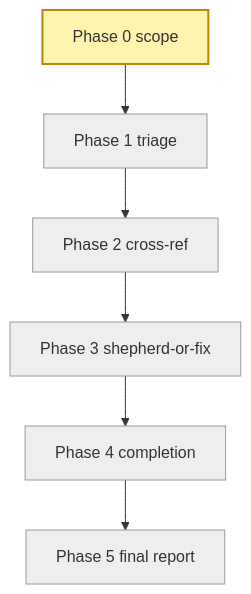
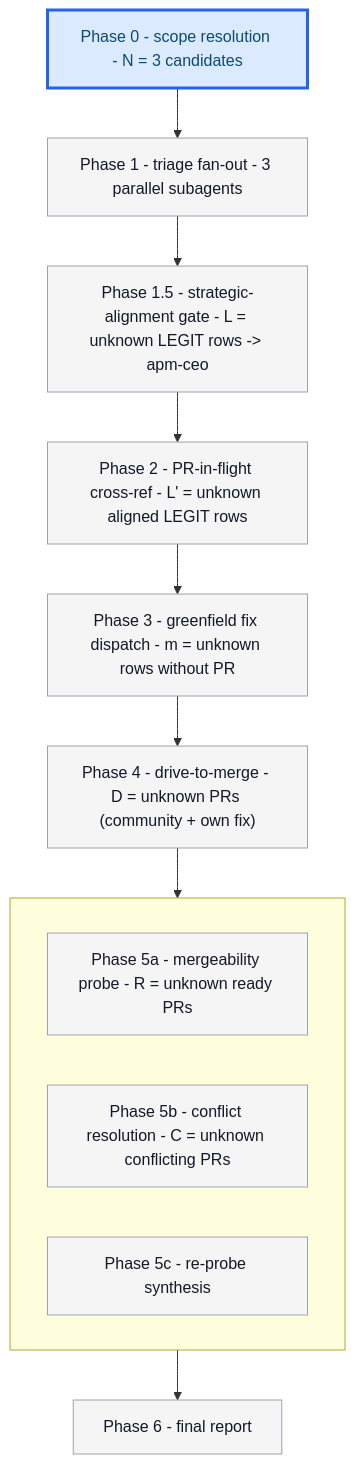
One commit to microsoft/apm changed the first of 8 diagrams in packages/batch-bug-shepherd/.apm/skills/batch-bug-shepherd/evals/fixtures/three-issues-mixed.with_skill.md. Above: the diagram before and after it, drawn with Mermaid. The commit also changed other lines of this file and 112 other files, not shown here.

````diff
--- a/packages/batch-bug-shepherd/.apm/skills/batch-bug-shepherd/evals/fixtures/three-issues-mixed.with_skill.md
+++ b/packages/batch-bug-shepherd/.apm/skills/batch-bug-shepherd/evals/fixtures/three-issues-mixed.with_skill.md
@@ -14,15 +15,26 @@
 ```mermaid
 flowchart TB
-    P0[Phase 0 scope]:::active
-    P1[Phase 1 triage]:::pending
-    P2[Phase 2 cross-ref]:::pending
-    P3[Phase 3 shepherd-or-fix]:::pending
-    P4[Phase 4 completion]:::pending
-    P5[Phase 5 final report]:::pending
-    P0 --> P1 --> P2 --> P3 --> P4 --> P5
-    classDef pending fill:#eee,stroke:#999,color:#333
-    classDef active  fill:#fff3b0,stroke:#b8860b,color:#333,stroke-width:2px
-    classDef done    fill:#cfe8c9,stroke:#2e7d32,color:#1b5e20
-    classDef blocked fill:#f8c7c7,stroke:#b71c1c,color:#7f0000
-    classDef skipped fill:#f0f0f0,stroke:#bbb,color:#888,stroke-dasharray:3 3
+    P0["Phase 0 - scope resolution - N = 3 candidates"]:::active
+    P1["Phase 1 - triage fan-out - 3 parallel subagents"]:::pending
+    P15["Phase 1.5 - strategic-alignment gate - L = unknown LEGIT rows -> apm-ceo"]:::pending
+    P2["Phase 2 - PR-in-flight cross-ref - L' = unknown aligned LEGIT rows"]:::pending
+    P3["Phase 3 - greenfield fix dispatch - m = unknown rows without PR"]:::pending
+    P4["Phase 4 - drive-to-merge - D = unknown PRs (community + own fix)"]:::pending
+
+    subgraph WAVE4[" "]
+        direction LR
+        P5a["Phase 5a - mergeability probe - R = unknown ready PRs"]:::pending
+        P5b["Phase 5b - conflict resolution - C = unknown conflicting PRs"]:::pending
+        P5c["Phase 5c - re-probe synthesis"]:::pending
+    end
+
+    P6["Phase 6 - final report"]:::pending
+
+    P0 --> P1 --> P15 --> P2 --> P3 --> P4 --> WAVE4 --> P6
+
+    classDef pending fill:#f5f5f5,stroke:#9ca3af,stroke-width:1px,color:#111827
+    classDef active  fill:#dbeafe,stroke:#2563eb,stroke-width:3px,color:#0c4a6e
+    classDef done    fill:#dcfce7,stroke:#16a34a,stroke-width:1px,color:#14532d
+    classDef blocked fill:#fef3c7,stroke:#d97706,stroke-width:2px,color:#78350f
+    classDef skipped fill:#f3f4f6,stroke:#6b7280,stroke-width:1px,stroke-dasharray:4 2,color:#374151
 ```
````
